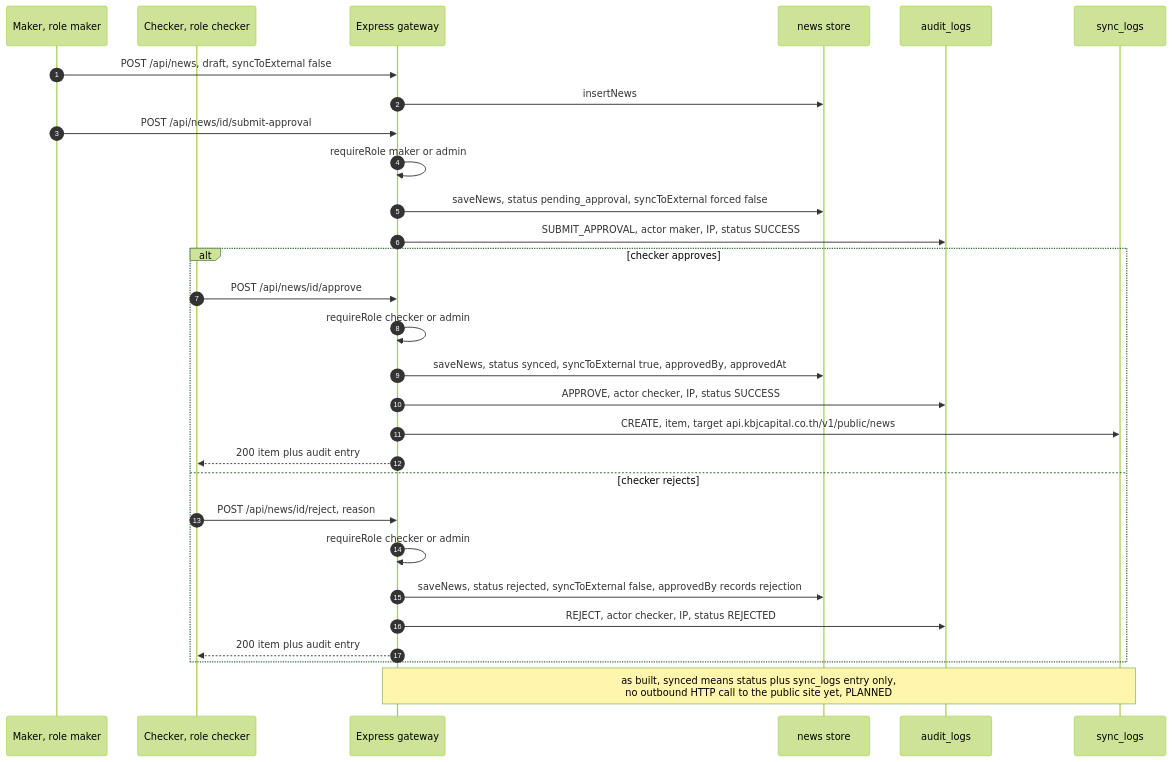
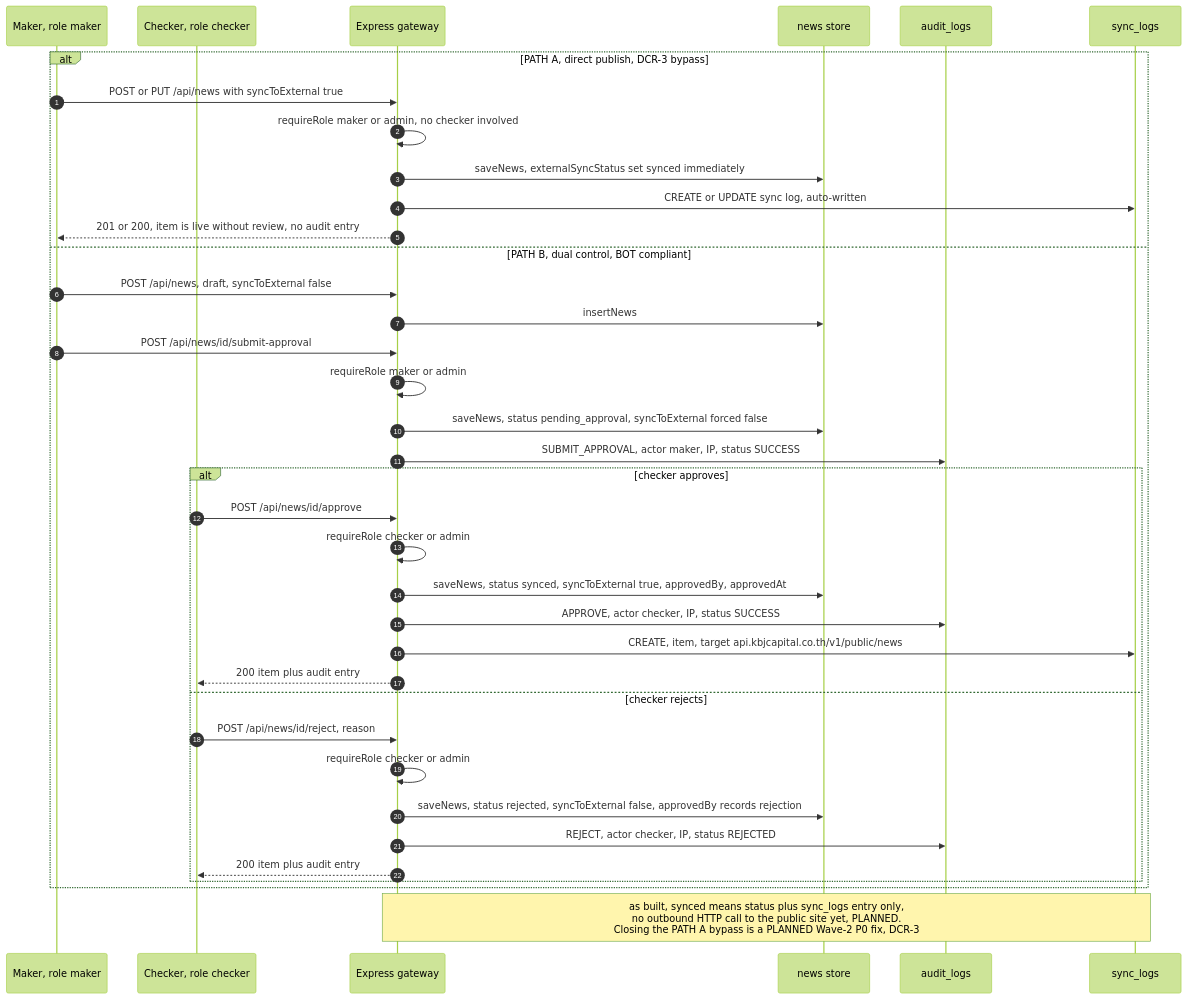
The eighth of 12 diagrams in docs/deliverables/06-architecture-diagram.md (narongsak-sukma/InternalWeb-New), drawn with Mermaid (forest theme) before and after one commit. The commit also changed other lines of this file and 5 other files, not shown here.

First line of the commit message:
docs(wave1): SDS + architecture diagrams; DCR directive revisions to 09/10/12 (task #4,#6)

````diff
--- a/docs/deliverables/06-architecture-diagram.md
+++ b/docs/deliverables/06-architecture-diagram.md
@@ -346,32 +357,40 @@
 ```mermaid
 sequenceDiagram
     autonumber
     participant M as Maker, role maker
     participant C as Checker, role checker
     participant G as Express gateway
     participant N as news store
     participant A as audit_logs
     participant S as sync_logs
 
-    M->>G: POST /api/news, draft, syncToExternal false
-    G->>N: insertNews
-    M->>G: POST /api/news/id/submit-approval
-    G->>G: requireRole maker or admin
-    G->>N: saveNews, status pending_approval, syncToExternal forced false
-    G->>A: SUBMIT_APPROVAL, actor maker, IP, status SUCCESS
-    alt checker approves
-        C->>G: POST /api/news/id/approve
-        G->>G: requireRole checker or admin
-        G->>N: saveNews, status synced, syncToExternal true, approvedBy, approvedAt
-        G->>A: APPROVE, actor checker, IP, status SUCCESS
-        G->>S: CREATE, item, target api.kbjcapital.co.th/v1/public/news
-        G-->>C: 200 item plus audit entry
-    else checker rejects
-        C->>G: POST /api/news/id/reject, reason
-        G->>G: requireRole checker or admin
-        G->>N: saveNews, status rejected, syncToExternal false, approvedBy records rejection
-        G->>A: REJECT, actor checker, IP, status REJECTED
-        G-->>C: 200 item plus audit entry
+    alt PATH A, direct publish, DCR-3 bypass
+        M->>G: POST or PUT /api/news with syncToExternal true
+        G->>G: requireRole maker or admin, no checker involved
+        G->>N: saveNews, externalSyncStatus set synced immediately
+        G->>S: CREATE or UPDATE sync log, auto-written
+        G-->>M: 201 or 200, item is live without review, no audit entry
+    else PATH B, dual control, BOT compliant
+        M->>G: POST /api/news, draft, syncToExternal false
+        G->>N: insertNews
+        M->>G: POST /api/news/id/submit-approval
+        G->>G: requireRole maker or admin
+        G->>N: saveNews, status pending_approval, syncToExternal forced false
+        G->>A: SUBMIT_APPROVAL, actor maker, IP, status SUCCESS
+        alt checker approves
+            C->>G: POST /api/news/id/approve
+            G->>G: requireRole checker or admin
+            G->>N: saveNews, status synced, syncToExternal true, approvedBy, approvedAt
+            G->>A: APPROVE, actor checker, IP, status SUCCESS
+            G->>S: CREATE, item, target api.kbjcapital.co.th/v1/public/news
+            G-->>C: 200 item plus audit entry
+        else checker rejects
+            C->>G: POST /api/news/id/reject, reason
+            G->>G: requireRole checker or admin
+            G->>N: saveNews, status rejected, syncToExternal false, approvedBy records rejection
+            G->>A: REJECT, actor checker, IP, status REJECTED
+            G-->>C: 200 item plus audit entry
+        end
     end
-    Note over G,S: as built, synced means status plus sync_logs entry only,<br/>no outbound HTTP call to the public site yet, PLANNED
+    Note over G,S: as built, synced means status plus sync_logs entry only,<br/>no outbound HTTP call to the public site yet, PLANNED.<br/>Closing the PATH A bypass is a PLANNED Wave-2 P0 fix, DCR-3
 ```
````
